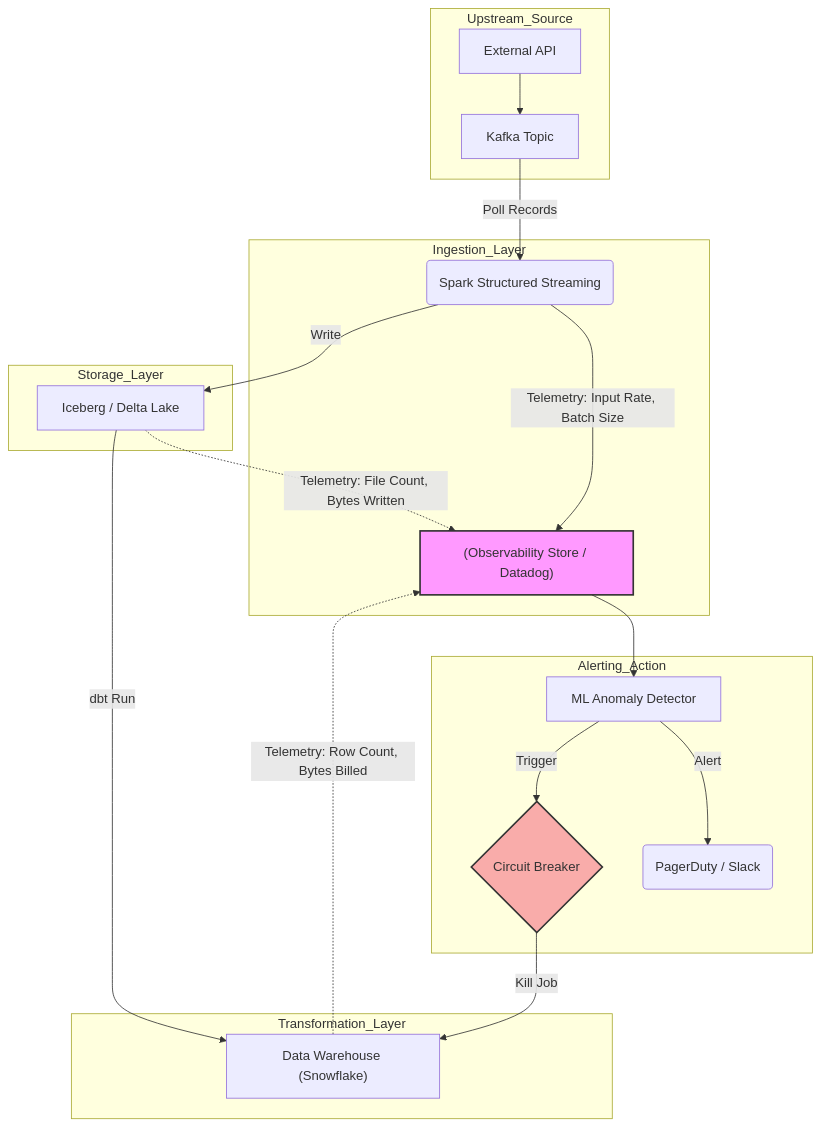
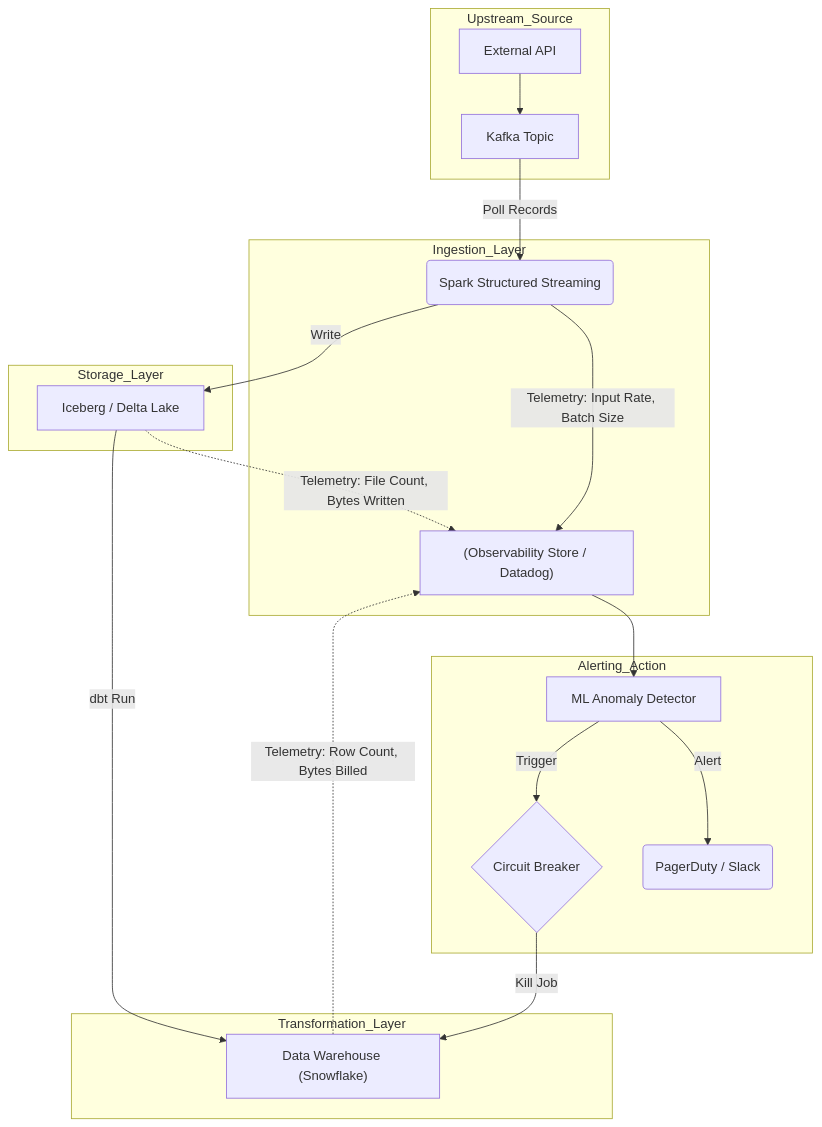
Before and after one commit to kythuatdulieu/kythuatdulieu.github.io: the diagram in src/content/docs/concepts/7-dataops-orchestration-quality/volume-anomalies.md, drawn with Mermaid. The commit also changed 686 other files, not shown here.

````diff
--- a/src/content/docs/concepts/7-dataops-orchestration-quality/volume-anomalies.md
+++ b/src/content/docs/concepts/7-dataops-orchestration-quality/volume-anomalies.md
@@ -43,31 +43,30 @@
 ```mermaid
 graph TD
     subgraph Upstream_Source
         API["External API"] --> K["Kafka Topic"]
     end
 
     subgraph Ingestion_Layer
         K -->|Poll Records| S("Spark Structured Streaming")
         S -->|Telemetry: Input Rate, Batch Size| Metastore["(Observability Store / Datadog)"]
     end
 
     subgraph Storage_Layer
         S -->|Write| Iceberg["Iceberg / Delta Lake"]
         Iceberg -.->|Telemetry: File Count, Bytes Written| Metastore
     end
 
     subgraph Transformation_Layer
         Iceberg -->|dbt Run| DWH["Data Warehouse (Snowflake)"]
         DWH -.->|Telemetry: Row Count, Bytes Billed| Metastore
     end
 
     subgraph Alerting_Action
         Metastore --> ML["ML Anomaly Detector"]
         ML -->|Alert| PagerDuty("PagerDuty / Slack")
         ML -->|Trigger| CB{"Circuit Breaker"}
         CB -->|Kill Job| DWH
     end
-    
-    style Metastore fill:#f9f,stroke:#333,stroke-width:2px
-    style CB fill:#f9acaa,stroke:#333,stroke-width:2px
+
+
 ```
````
